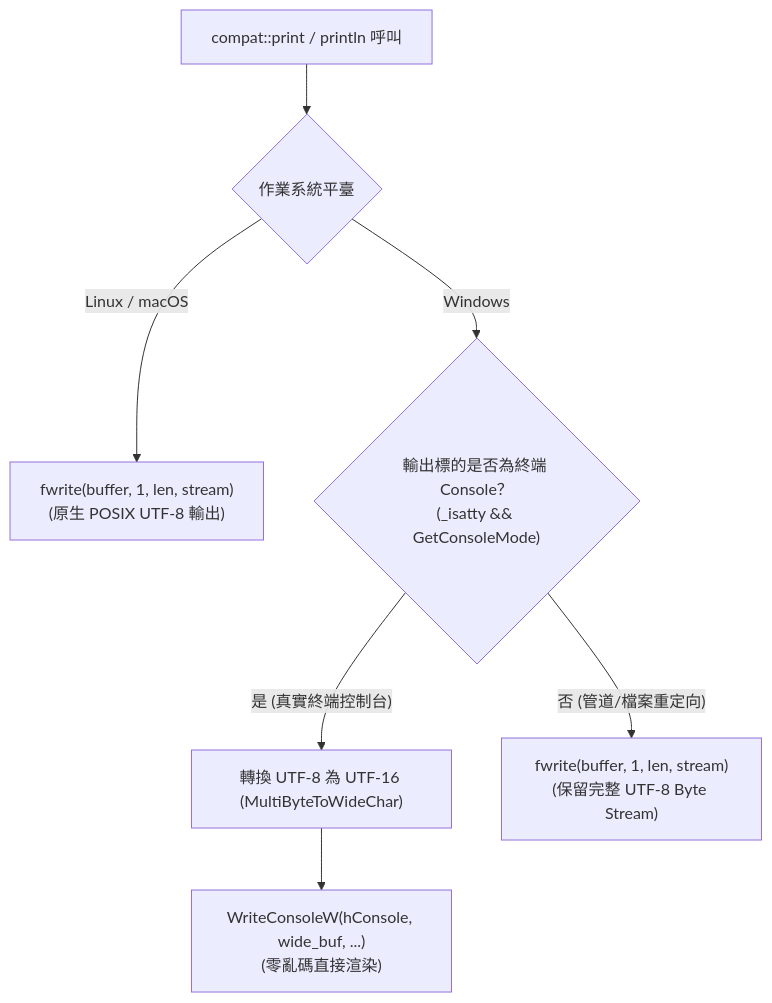
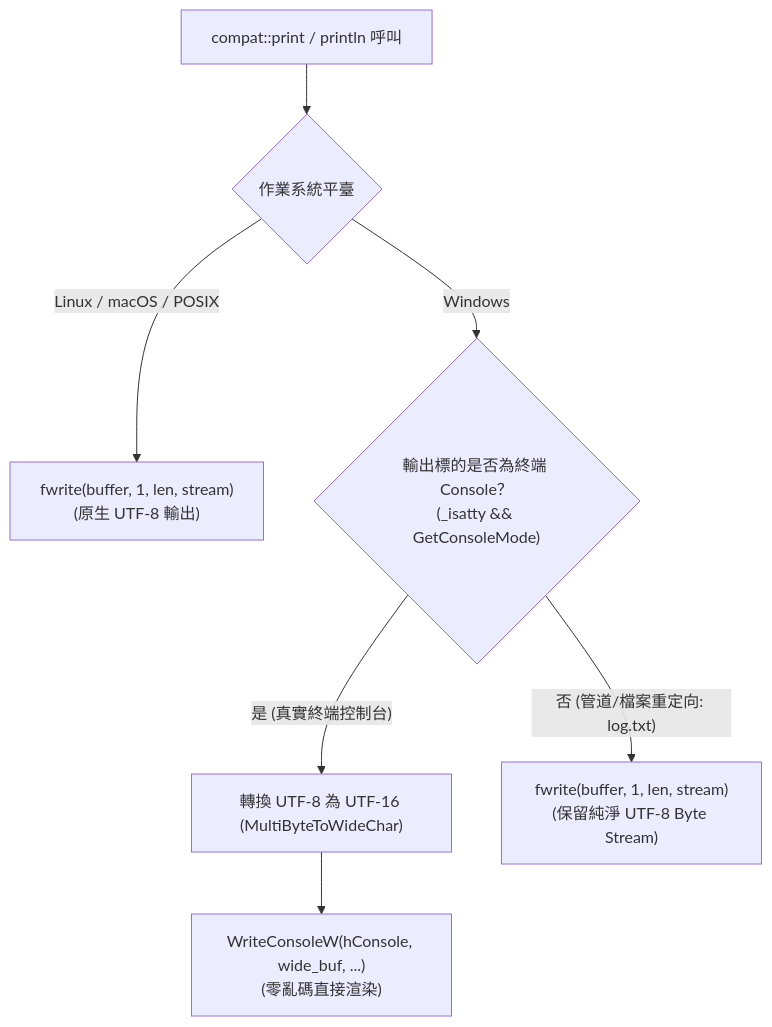
The diagram in docs/print.md (willy050209/CPP-Compat), drawn with Mermaid before and after one commit. The commit also changed other lines of this file and 3 other files, not shown here.

````diff
--- a/docs/print.md
+++ b/docs/print.md
@@ -53,9 +91,9 @@
 ```mermaid
 flowchart TD
     Call["compat::print / println 呼叫"] --> CheckOS{"作業系統平臺"}
-    CheckOS -- "Linux / macOS" --> UnixWrite["fwrite(buffer, 1, len, stream)<br>(原生 POSIX UTF-8 輸出)"]
+    CheckOS -- "Linux / macOS / POSIX" --> UnixWrite["fwrite(buffer, 1, len, stream)<br>(原生 UTF-8 輸出)"]
     CheckOS -- "Windows" --> CheckStream{"輸出標的是否為終端 Console？<br>(_isatty && GetConsoleMode)"}
     CheckStream -- "是 (真實終端控制台)" --> WinConvert["轉換 UTF-8 為 UTF-16 (MultiByteToWideChar)"]
     WinConvert --> WinWrite["WriteConsoleW(hConsole, wide_buf, ...)<br>(零亂碼直接渲染)"]
-    CheckStream -- "否 (管道/檔案重定向)" --> WinFile["fwrite(buffer, 1, len, stream)<br>(保留完整 UTF-8 Byte Stream)"]
+    CheckStream -- "否 (管道/檔案重定向: log.txt)" --> WinFile["fwrite(buffer, 1, len, stream)<br>(保留純淨 UTF-8 Byte Stream)"]
 ```
````
